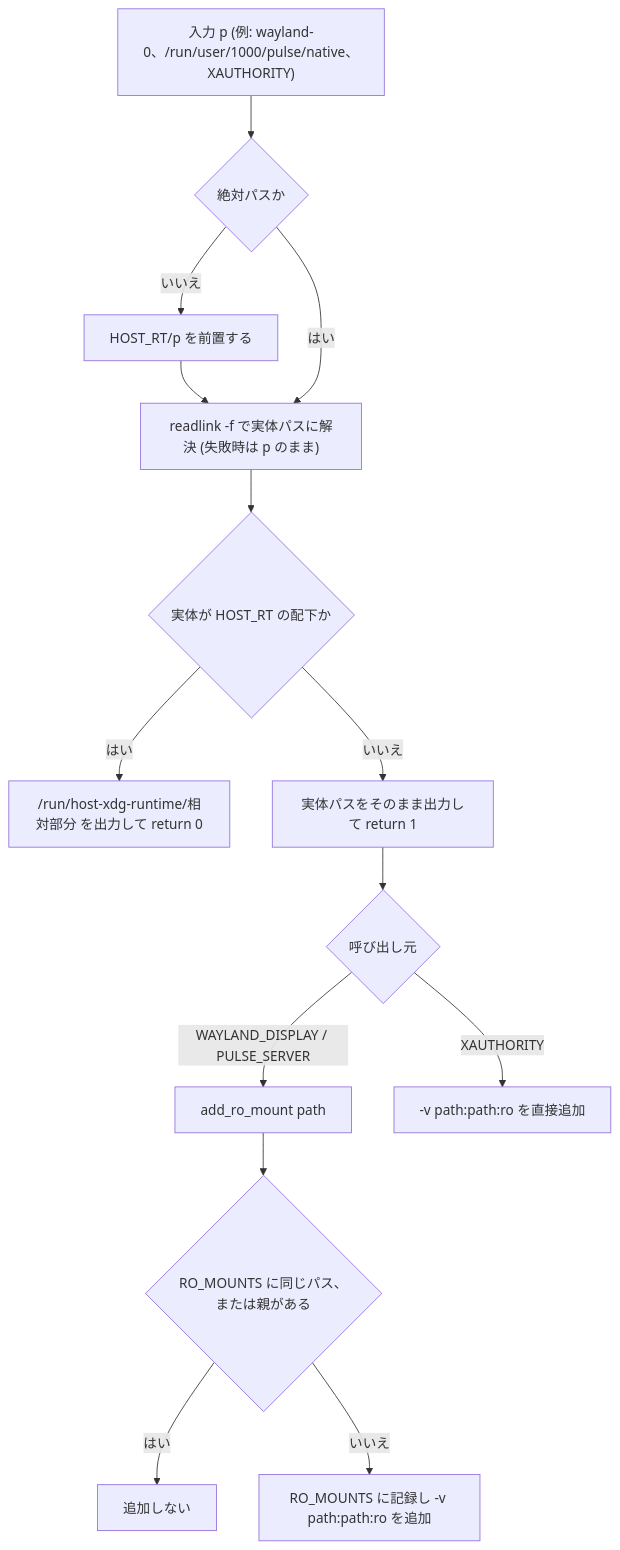
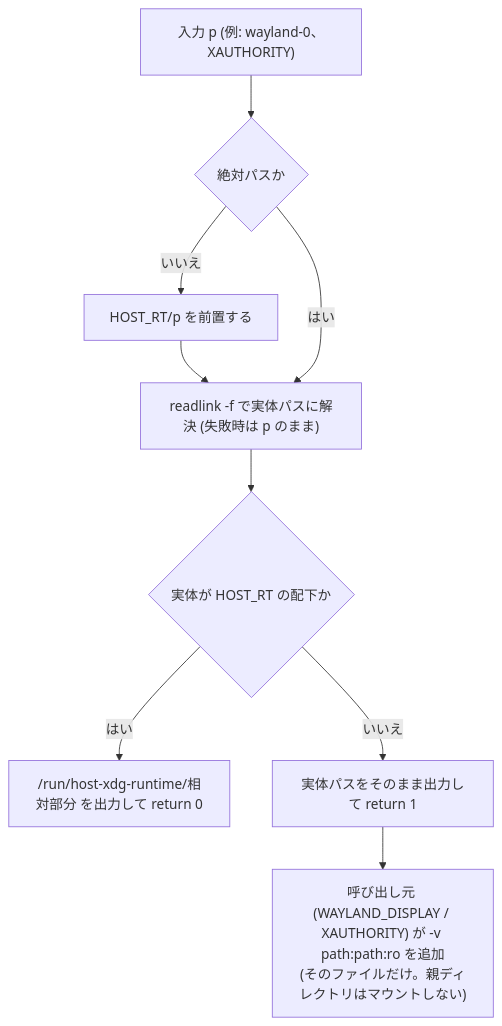
Before and after one commit to ryo-aoki-pc/kvm-container: the tenth of 21 diagrams in docs/SPEC.md, drawn with Mermaid. The commit also changed other lines of this file and 7 other files, not shown here.

````diff
--- a/docs/SPEC.md
+++ b/docs/SPEC.md
@@ -532,15 +522,10 @@
 ```mermaid
 flowchart TD
-  in["入力 p (例: wayland-0、/run/user/1000/pulse/native、XAUTHORITY)"] --> rel{"絶対パスか"}
+  in["入力 p (例: wayland-0、XAUTHORITY)"] --> rel{"絶対パスか"}
   rel -->|"いいえ"| pre["HOST_RT/p を前置する"] --> rl
   rel -->|"はい"| rl["readlink -f で実体パスに解決 (失敗時は p のまま)"]
   rl --> under{"実体が HOST_RT の配下か"}
   under -->|"はい"| ok["/run/host-xdg-runtime/相対部分 を出力して return 0"]
   under -->|"いいえ"| ng["実体パスをそのまま出力して return 1"]
-  ng --> which{"呼び出し元"}
-  which -->|"WAYLAND_DISPLAY / PULSE_SERVER"| aro["add_ro_mount path"]
-  which -->|"XAUTHORITY"| direct["-v path:path:ro を直接追加"]
-  aro --> dup{"RO_MOUNTS に同じパス、または親がある"}
-  dup -->|"はい"| skip["追加しない"]
-  dup -->|"いいえ"| add["RO_MOUNTS に記録し -v path:path:ro を追加"]
+  ng --> add["呼び出し元 (WAYLAND_DISPLAY / XAUTHORITY) が -v path:path:ro を追加<br/>(そのファイルだけ。親ディレクトリはマウントしない)"]
 ```
````
